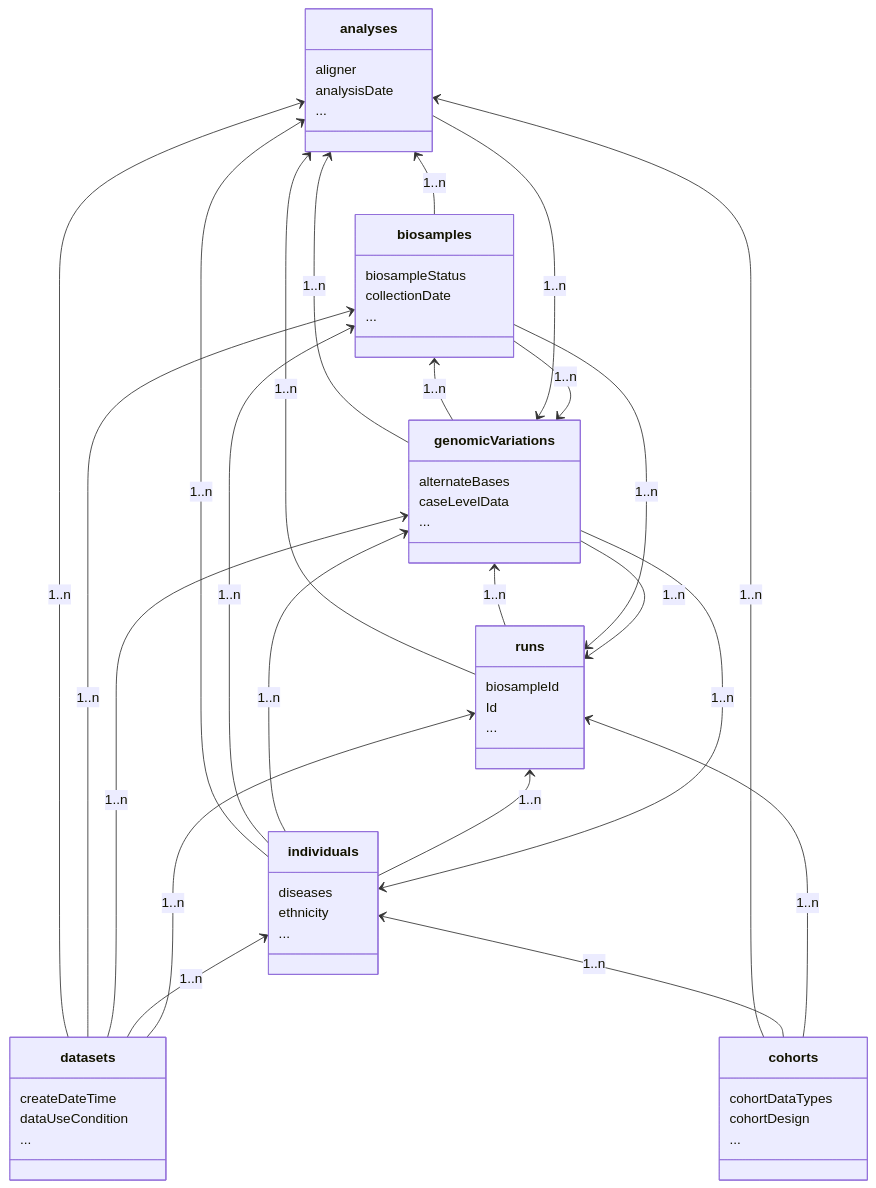
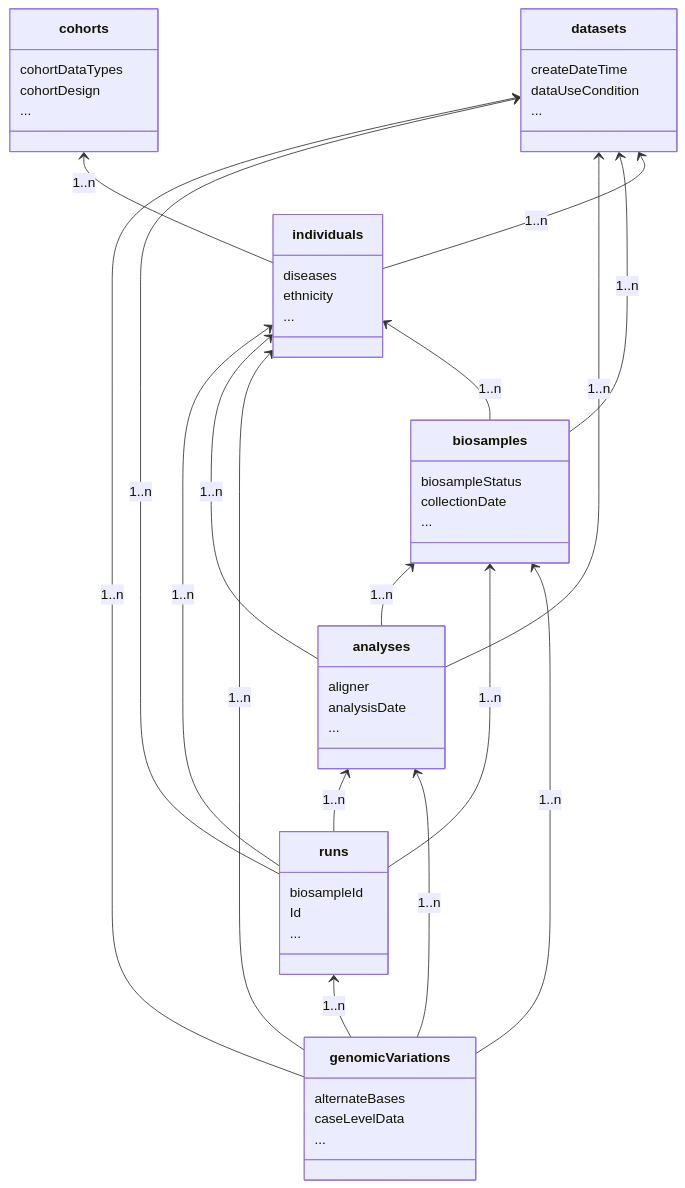
Before and after one commit to ga4gh-beacon/beacon-v2: the diagram in docs/models.md, drawn with Mermaid. The commit also changed other lines of this file, not shown here.

Commit message:
Update models.md
disentangle diagram (?)

````diff
--- a/docs/models.md
+++ b/docs/models.md
@@ -26,62 +27,57 @@
 ``` mermaid
 classDiagram
 
-    analyses <-- biosamples : 1..n
-    analyses <-- cohorts : 1..n
-    analyses <-- datasets : 1..n
+    runs <-- genomicVariations : 1..n
+    analyses <-- runs : 1..n
     analyses <-- genomicVariations : 1..n
-    analyses <-- individuals : 1..n
-    analyses <-- runs : 1..n
-    biosamples <-- datasets : 1..n
+    biosamples <-- analyses : 1..n
+    biosamples <-- runs : 1..n
     biosamples <-- genomicVariations : 1..n
-    biosamples <-- individuals : 1..n
-    genomicVariations <-- analyses : 1..n
-    genomicVariations <-- biosamples : 1..n
-    genomicVariations <-- datasets : 1..n
-    genomicVariations <-- individuals : 1..n
-    genomicVariations <-- runs : 1..n
-    individuals <-- cohorts : 1..n
-    individuals <-- datasets : 1..n
+    individuals <-- runs : 1..n
+    individuals <-- analyses : 1..n
     individuals <-- genomicVariations : 1..n
-    runs <-- biosamples : 1..n
-    runs <-- cohorts : 1..n
-    runs <-- datasets : 1..n
-    runs <-- genomicVariations : 1..n
-    runs <-- individuals : 1..n
+    individuals <-- biosamples : 1..n
+
+    cohorts <-- individuals : 1..n
+    datasets <-- genomicVariations : 1..n
+    datasets <-- runs : 1..n
+    datasets <-- analyses : 1..n
+    datasets <-- biosamples : 1..n
+    datasets <-- individuals : 1..n
 
     class biosamples{
         biosampleStatus
         collectionDate
         ...
     }
     class individuals{
         diseases
         ethnicity
         ...
     }
     class datasets{
         createDateTime
         dataUseCondition
         ...
     }
     class runs{
         biosampleId
         Id
         ...
         }
     class genomicVariations{
         alternateBases
         caseLevelData
         ...
     }
     class analyses{
         aligner
         analysisDate
         ...
     }
    class cohorts{
         cohortDataTypes
         cohortDesign
         ...
     }
 ```
````
